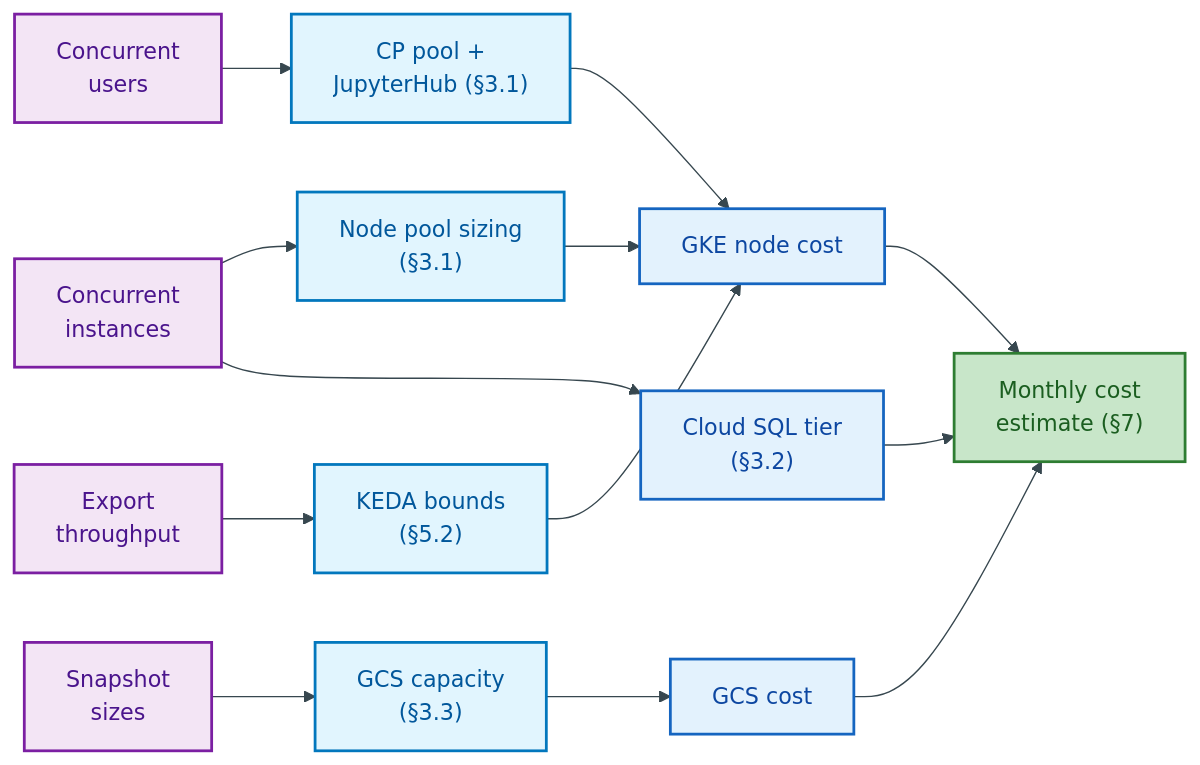
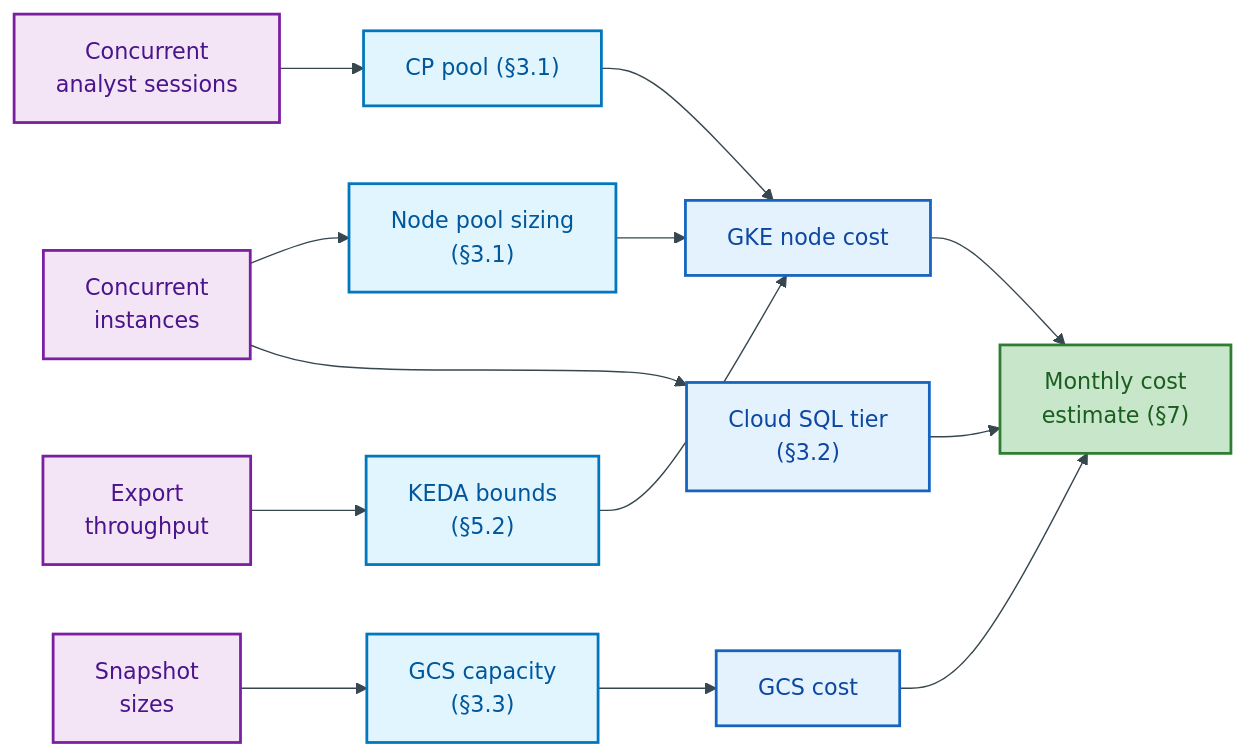
One commit to b4uharsha/newgraph changed the first of 3 diagrams in documentation/src/content/docs/operations/capacity-planning-manual.md. Above: the diagram before and after it, drawn with Mermaid. The commit also changed other lines of this file and 88 other files, not shown here.

````diff
--- a/documentation/src/content/docs/operations/capacity-planning-manual.md
+++ b/documentation/src/content/docs/operations/capacity-planning-manual.md
@@ -97,24 +95,24 @@
 ```mermaid
 %%{init: {"theme": "base", "themeVariables": {"primaryColor": "#E1F5FE", "primaryTextColor": "#01579B", "primaryBorderColor": "#0277BD", "lineColor": "#37474F"}}}%%
 flowchart LR
     accTitle: Capacity Planning Workflow
     accDescr: Four scaling dimensions feed independent sizing calculations that converge at a monthly cost estimate
 
     classDef input fill:#F3E5F5,stroke:#7B1FA2,stroke-width:2px,color:#4A148C
     classDef calc fill:#E1F5FE,stroke:#0277BD,stroke-width:2px,color:#01579B
     classDef infra fill:#E3F2FD,stroke:#1565C0,stroke-width:2px,color:#0D47A1
     classDef result fill:#C8E6C9,stroke:#2E7D32,stroke-width:2px,color:#1B5E20
 
     I1["Concurrent<br/>instances"]:::input --> S1["Node pool sizing<br/>(§3.1)"]:::calc
-    I2["Concurrent<br/>users"]:::input --> S2["CP pool +<br/>JupyterHub (§3.1)"]:::calc
+    I2["Concurrent<br/>analyst sessions"]:::input --> S2["CP pool (§3.1)"]:::calc
     I3["Export<br/>throughput"]:::input --> S3["KEDA bounds<br/>(§5.2)"]:::calc
     I4["Snapshot<br/>sizes"]:::input --> S4["GCS capacity<br/>(§3.3)"]:::calc
 
     S1 --> GKE["GKE node cost"]:::infra
     S2 --> GKE
     S3 --> GKE
     I1 --> SQL["Cloud SQL tier<br/>(§3.2)"]:::infra
     S4 --> GCS["GCS cost"]:::infra
 
     GKE & SQL & GCS --> TOTAL["Monthly cost<br/>estimate (§7)"]:::result
 ```
````
